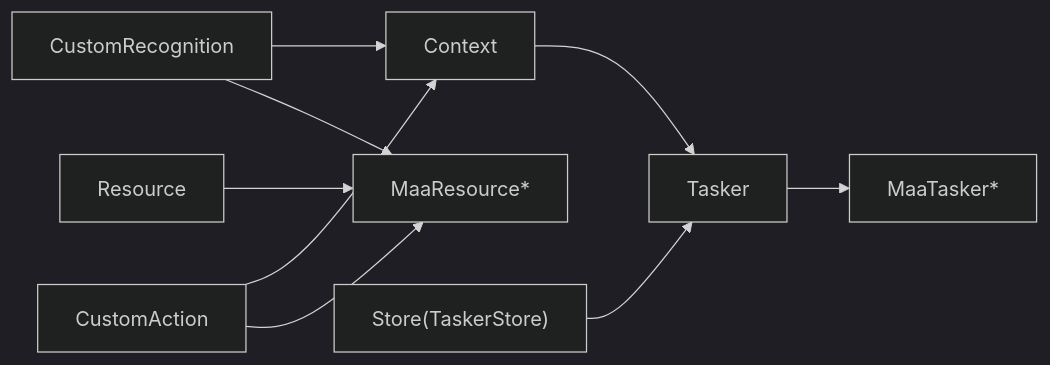
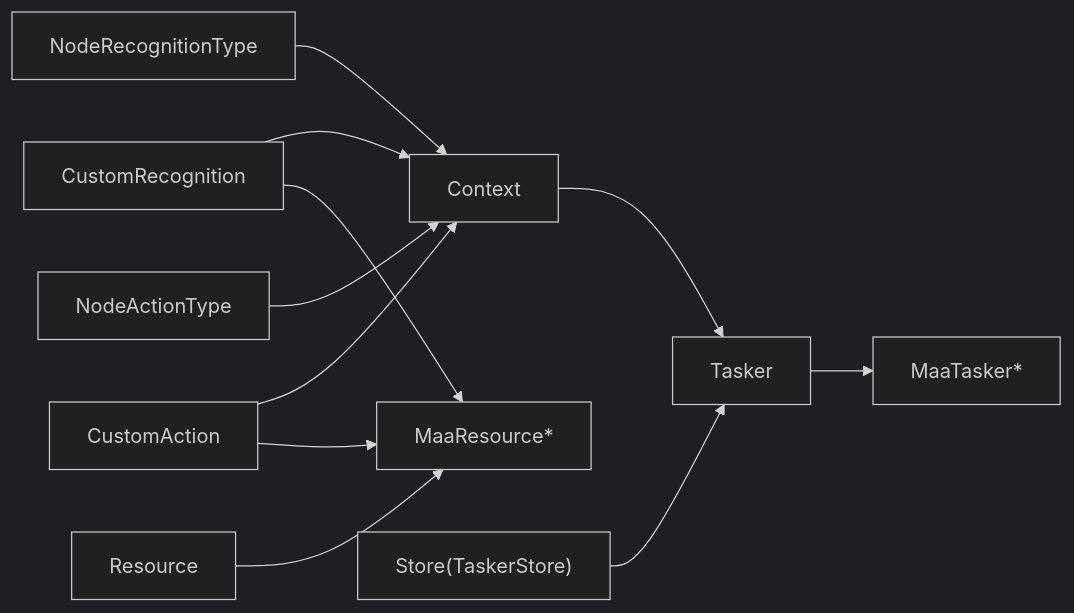
One commit to kqcoxn/MaaPipelineEditor changed the fifth of 5 diagrams in instructions/maafw-golang-binding/核心概念/执行上下文 (Context).md. Above: the diagram before and after it, drawn with Mermaid (dark theme). The commit also changed other lines of this file and 10 other files, not shown here.

````diff
--- a/instructions/maafw-golang-binding/核心概念/执行上下文 (Context).md
+++ b/instructions/maafw-golang-binding/核心概念/执行上下文 (Context).md
@@ -278,11 +302,13 @@
 ```mermaid
 graph LR
 Ctx["Context"] --> Tsk["Tasker"]
 Tsk --> NTsk["MaaTasker*"]
 Res["Resource"] --> NRes["MaaResource*"]
 CR["CustomRecognition"] --> Ctx
 CA["CustomAction"] --> Ctx
 CR --> NRes
 CA --> NRes
 Store["Store(TaskerStore)"] --> Tsk
+NR["NodeRecognitionType"] --> Ctx
+NA["NodeActionType"] --> Ctx
 ```
````
